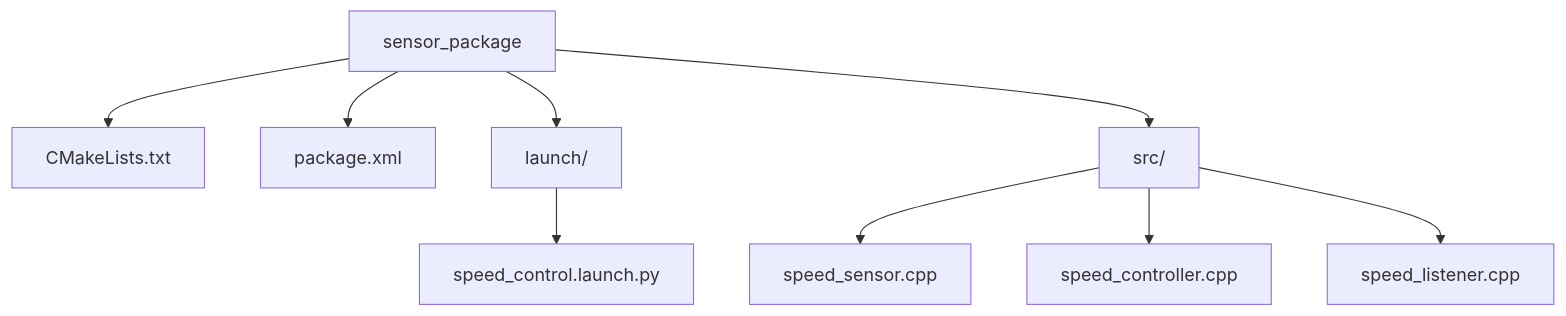
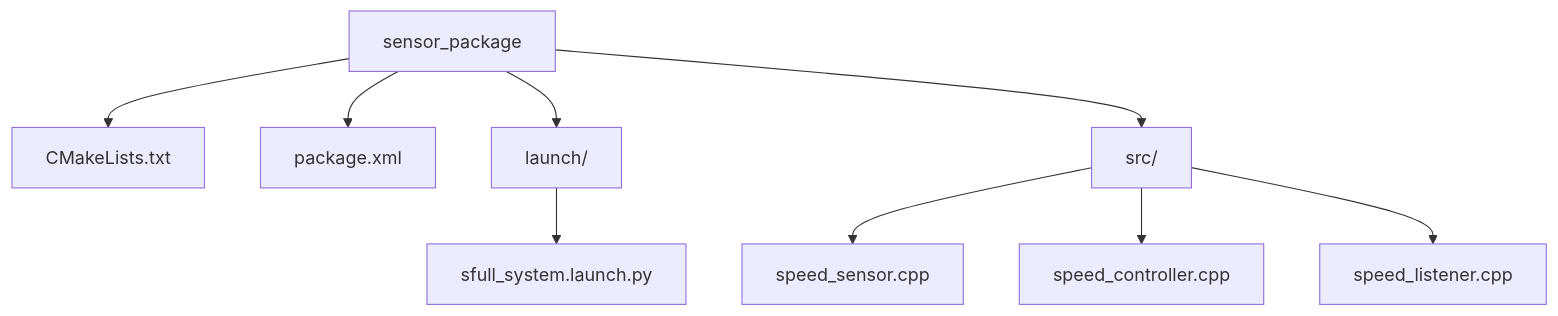
Before and after one commit to mayermarci65/may_ifr_kisbeadando: the second of 2 diagrams in README.md, drawn with Mermaid. The commit also changed other lines of this file, not shown here.

````diff
--- a/README.md
+++ b/README.md
@@ -91,11 +86,11 @@
 ```mermaid
 graph TD
 A[sensor_package] --> B[CMakeLists.txt]
 A --> C[package.xml]
 A --> D[launch/]
-D --> D1[speed_control.launch.py]
+D --> D1[sfull_system.launch.py]
 A --> E[src/]
 E --> E1[speed_sensor.cpp]
 E --> E2[speed_controller.cpp]
 E --> E3[speed_listener.cpp]
 ```
````
